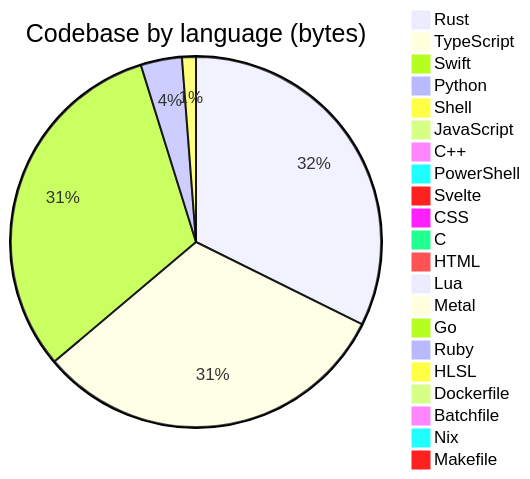
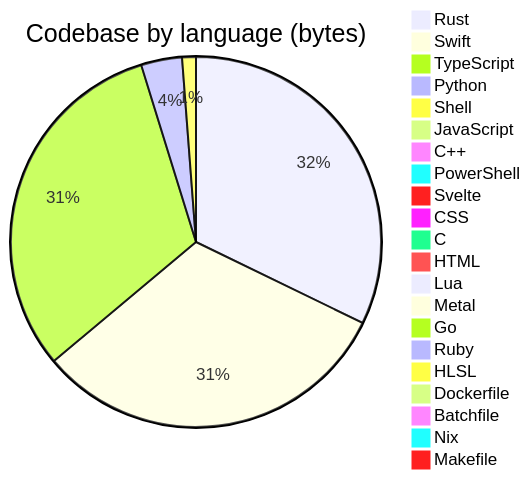
Before and after one commit to Open330/.github: the diagram in profile/README.md, drawn with Mermaid. The commit also changed other lines of this file and 1 other file, not shown here.

````diff
--- a/profile/README.md
+++ b/profile/README.md
@@ -138,24 +138,24 @@
 ```mermaid
 pie title Codebase by language (bytes)
-    "Rust" : 38109312
-    "TypeScript" : 37164570
-    "Swift" : 36963987
-    "Python" : 4241711
-    "Shell" : 1429204
+    "Rust" : 38266225
+    "Swift" : 37689920
+    "TypeScript" : 37220642
+    "Python" : 4248100
+    "Shell" : 1431855
     "JavaScript" : 678296
     "C++" : 388775
     "PowerShell" : 333788
     "Svelte" : 275766
     "CSS" : 270182
     "C" : 197825
-    "HTML" : 126878
+    "HTML" : 126883
     "Lua" : 48814
     "Metal" : 33192
     "Go" : 22811
-    "Ruby" : 8989
+    "Ruby" : 8992
     "HLSL" : 7527
     "Dockerfile" : 7454
     "Batchfile" : 5660
     "Nix" : 3168
     "Makefile" : 1692
 ```
````
